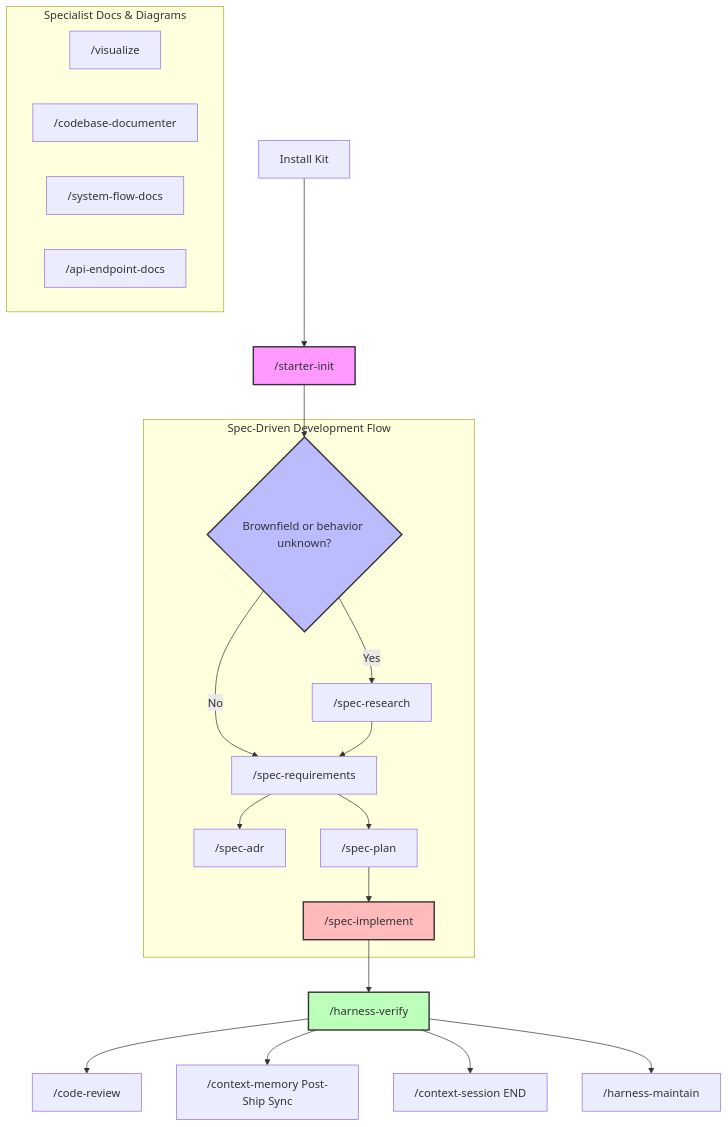
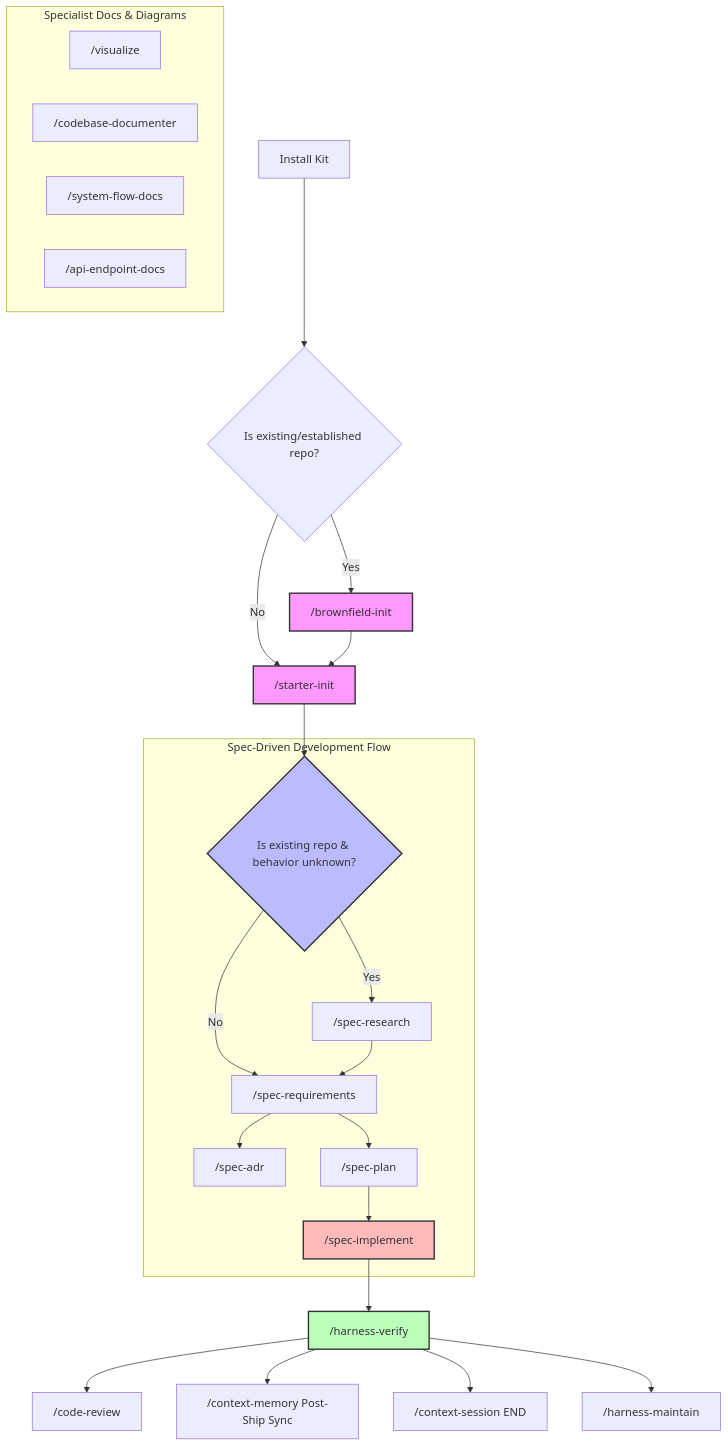
Before and after one commit to thaihai-swe/CoreZero-Nexus: the diagram in documents/end-to-end-tutorial.md, drawn with Mermaid. The commit also changed other lines of this file and 52 other files, not shown here.

````diff
--- a/documents/end-to-end-tutorial.md
+++ b/documents/end-to-end-tutorial.md
@@ -9,33 +9,37 @@
 ```mermaid
 graph TD
-    A[Install Kit] --> B["/starter-init"]
-    B --> C{"Brownfield or behavior unknown?"}
+    A[Install Kit] --> B1{"Is existing/established repo?"}
+    B1 -->|Yes| B2["/brownfield-init"]
+    B1 -->|No| B3["/starter-init"]
+    B2 --> B3
+    B3 --> C{"Is existing repo & behavior unknown?"}
 
     subgraph SDD [Spec-Driven Development Flow]
         C -->|Yes| D["/spec-research"]
         C -->|No| E["/spec-requirements"]
         D --> E["/spec-requirements"]
         E --> F["/spec-adr"]
         E --> G["/spec-plan"]
         G --> H["/spec-implement"]
     end
 
     subgraph Specialist Docs & Diagrams
         I["/visualize"]
         J["/codebase-documenter"]
         K["/system-flow-docs"]
         L["/api-endpoint-docs"]
     end
 
     H --> M["/harness-verify"]
     M --> N["/code-review"]
     M --> O["/context-memory Post-Ship Sync"]
     M --> P["/context-session END"]
 
     M --> Q["/harness-maintain"]
 
-    style B fill:#f9f,stroke:#333,stroke-width:2px
+    style B2 fill:#f9f,stroke:#333,stroke-width:2px
+    style B3 fill:#f9f,stroke:#333,stroke-width:2px
     style C fill:#bbf,stroke:#333,stroke-width:2px
     style H fill:#fbb,stroke:#333,stroke-width:2px
     style M fill:#bfb,stroke:#333,stroke-width:2px
 ```
````
